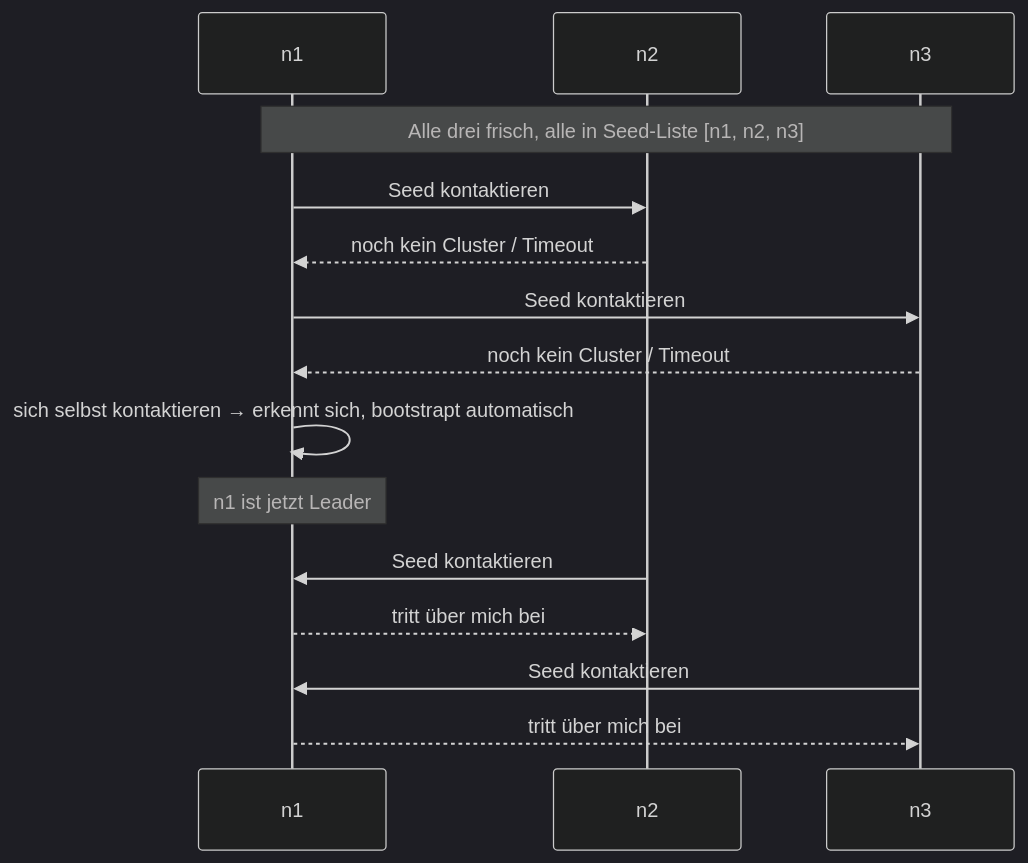
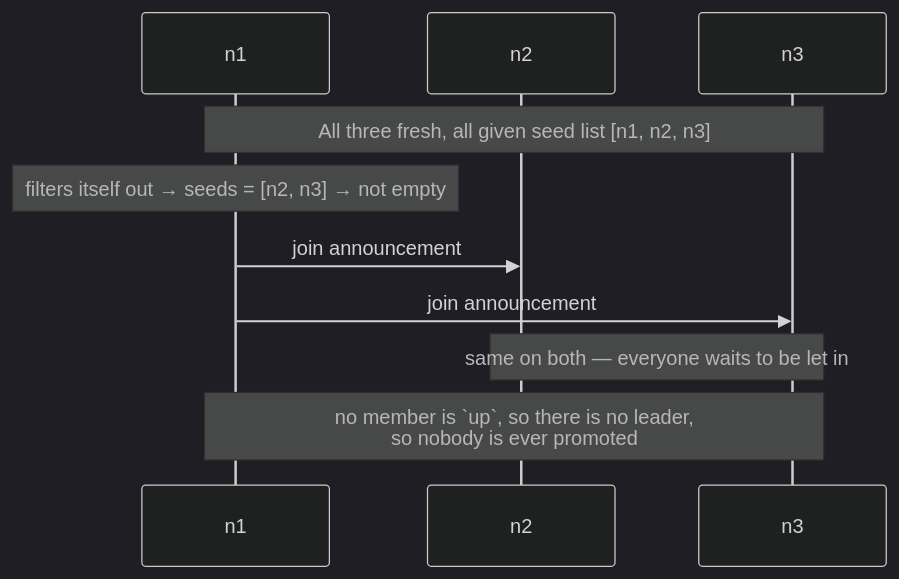
Before and after one commit to pathosDev/actor-ts: the second of 2 diagrams in docs/src/content/docs/de/cluster/joining-and-seeds.mdx, drawn with Mermaid (dark theme). The commit also changed other lines of this file and 21 other files, not shown here.

````diff
--- a/docs/src/content/docs/de/cluster/joining-and-seeds.mdx
+++ b/docs/src/content/docs/de/cluster/joining-and-seeds.mdx
@@ -103,17 +108,12 @@
 ```mermaid
 sequenceDiagram
   participant N1 as n1
   participant N2 as n2
   participant N3 as n3
-  Note over N1,N3: Alle drei frisch, alle in Seed-Liste [n1, n2, n3]
-  N1->>N2: Seed kontaktieren
-  N2-->>N1: noch kein Cluster / Timeout
-  N1->>N3: Seed kontaktieren
-  N3-->>N1: noch kein Cluster / Timeout
-  N1->>N1: sich selbst kontaktieren → erkennt sich, bootstrapt automatisch
-  Note over N1: n1 ist jetzt Leader
-  N2->>N1: Seed kontaktieren
-  N1-->>N2: tritt über mich bei
-  N3->>N1: Seed kontaktieren
-  N1-->>N3: tritt über mich bei
+  Note over N1,N3: All three fresh, all given seed list [n1, n2, n3]
+  Note over N1: filters itself out → seeds = [n2, n3] → not empty
+  N1->>N2: join announcement
+  N1->>N3: join announcement
+  Note over N2,N3: same on both — everyone waits to be let in
+  Note over N1,N3: no member is `up`, so there is no leader,<br/>so nobody is ever promoted
 ```
````
